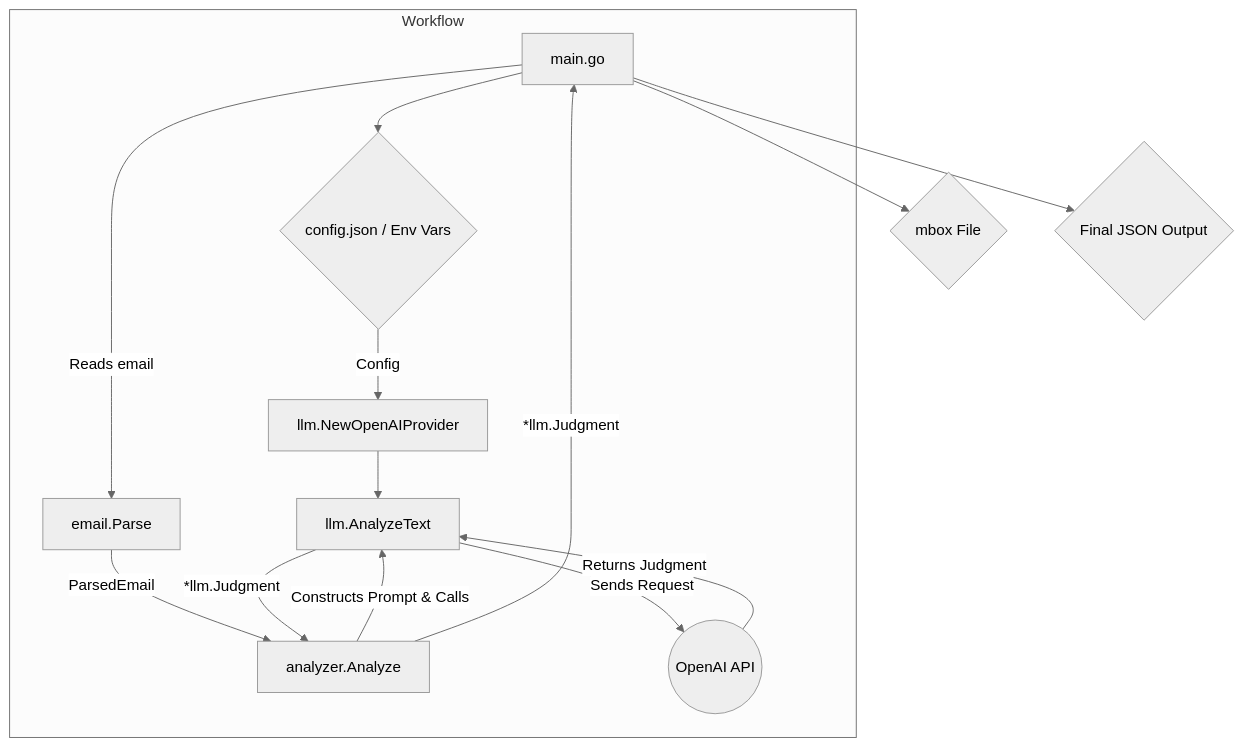
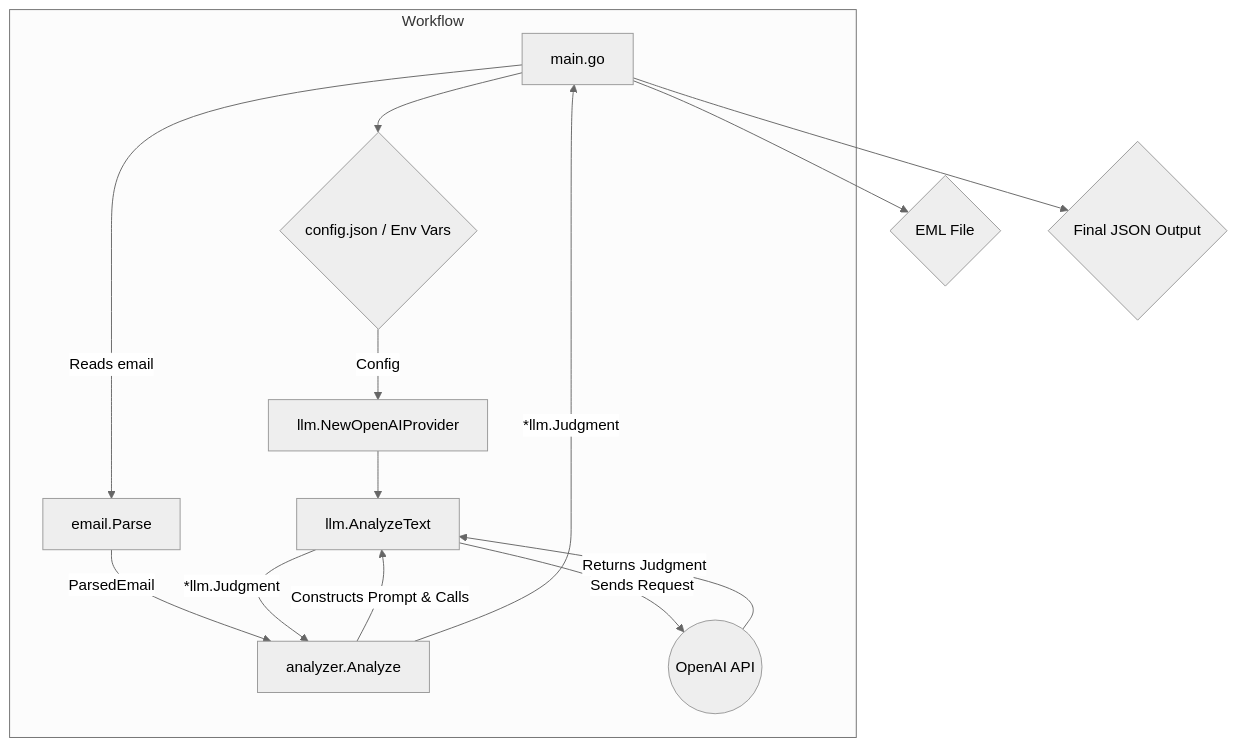
One commit to magifd2/mail-analyzer changed the diagram in DEVELOPMENT.md. Above: the diagram before and after it, drawn with Mermaid (neutral theme). The commit also changed other lines of this file and 6 other files, not shown here.

First line of the commit message:
feat: Change input format from mbox to single eml file and add debug switch

````diff
--- a/DEVELOPMENT.md
+++ b/DEVELOPMENT.md
@@ -25,19 +25,19 @@
 ```mermaid
 graph TD
-    A[main.go] --> B{mbox File}
+    A[main.go] --> B{EML File}
     A --> C{config.json / Env Vars}
 
     subgraph Workflow
         A -- Reads email --> D[email.Parse]
         D -- ParsedEmail --> E[analyzer.Analyze]
         C -- Config --> F[llm.NewOpenAIProvider]
         E -- Constructs Prompt & Calls --> G[llm.AnalyzeText]
         F --> G
         G -- Sends Request --> H((OpenAI API))
         H -- Returns Judgment --> G
         G -- *llm.Judgment --> E
         E -- *llm.Judgment --> A
     end
 
     A --> I{Final JSON Output}
 ```
````
